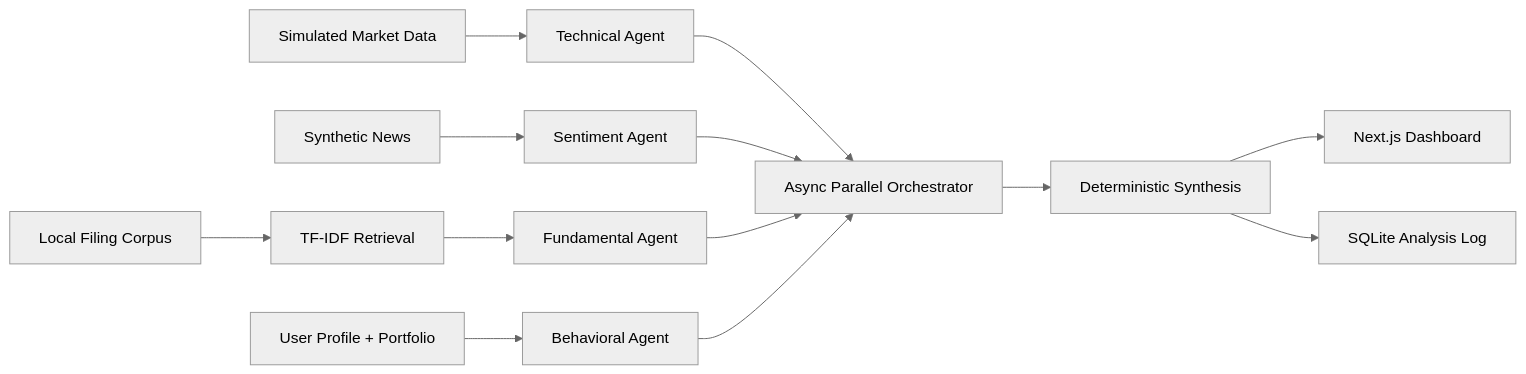
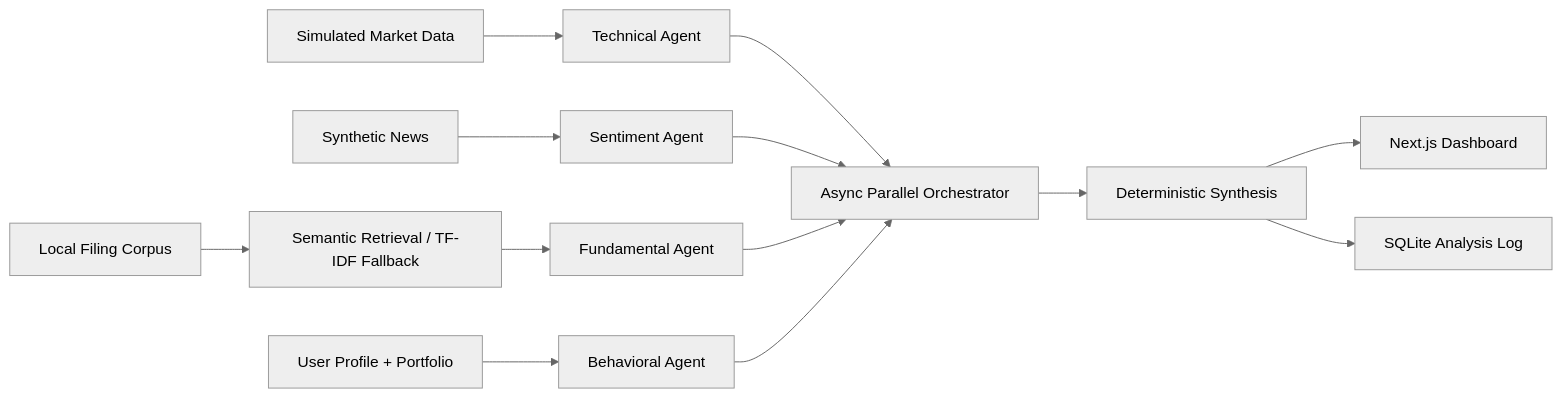
Before and after one commit to hareshkumar6808/sprint1: the diagram in README.md, drawn with Mermaid (neutral theme). The commit also changed other lines of this file and 22 other files, not shown here.

````diff
--- a/README.md
+++ b/README.md
@@ -11,14 +11,14 @@
 ```mermaid
 flowchart LR
   M[Simulated Market Data] --> T[Technical Agent]
   N[Synthetic News] --> S[Sentiment Agent]
-  F[Local Filing Corpus] --> R[TF-IDF Retrieval] --> U[Fundamental Agent]
+  F[Local Filing Corpus] --> R[Semantic Retrieval / TF-IDF Fallback] --> U[Fundamental Agent]
   P[User Profile + Portfolio] --> B[Behavioral Agent]
   T --> O[Async Parallel Orchestrator]
   S --> O
   U --> O
   B --> O
   O --> Y[Deterministic Synthesis]
   Y --> D[Next.js Dashboard]
   Y --> L[SQLite Analysis Log]
 ```
````
